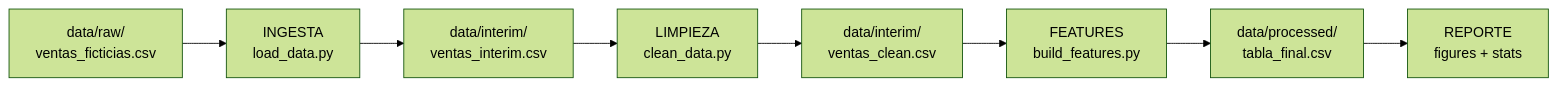
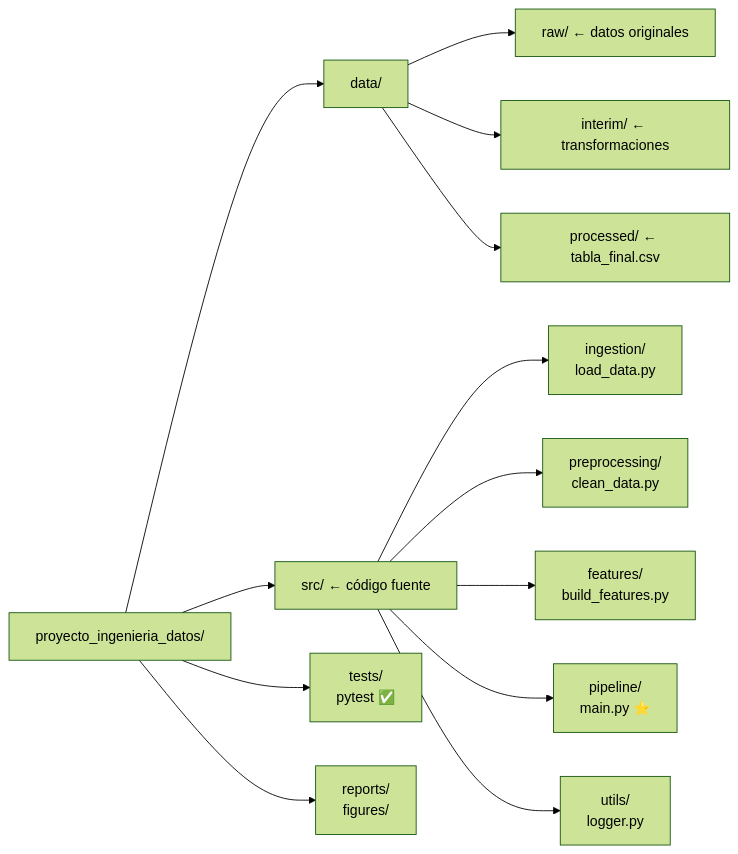
The second of 5 diagrams in README.md (Cedielito/proyecto_ingenieria_datos), drawn with Mermaid (forest theme) before and after one commit. The commit also changed other lines of this file, not shown here.

Commit message:
docs: agregar diagramas Mermaid de arquitectura ETL

````diff
--- a/README.md
+++ b/README.md
@@ -7,10 +52,19 @@
 ```mermaid
 flowchart LR
-    A[data/raw/\nventas_ficticias.csv] --> B[INGESTA\nload_data.py]
-    B --> C[data/interim/\nventas_interim.csv]
-    C --> D[LIMPIEZA\nclean_data.py]
-    D --> E[data/interim/\nventas_clean.csv]
-    E --> F[FEATURES\nbuild_features.py]
-    F --> G[data/processed/\ntabla_final.csv]
-    G --> H[REPORTE\nfigures + stats]
+    ROOT[proyecto_ingenieria_datos/]
+
+    ROOT --> DATA[data/]
+    DATA --> RAW[raw/ ← datos originales]
+    DATA --> INTERIM[interim/ ← transformaciones]
+    DATA --> PROCESSED[processed/ ← tabla_final.csv]
+
+    ROOT --> SRC[src/ ← código fuente]
+    SRC --> ING[ingestion/\nload_data.py]
+    SRC --> PRE[preprocessing/\nclean_data.py]
+    SRC --> FEA[features/\nbuild_features.py]
+    SRC --> PIP[pipeline/\nmain.py ⭐]
+    SRC --> UTL[utils/\nlogger.py]
+
+    ROOT --> TST[tests/\npytest ✅]
+    ROOT --> RPT[reports/\nfigures/]
 ```
````
